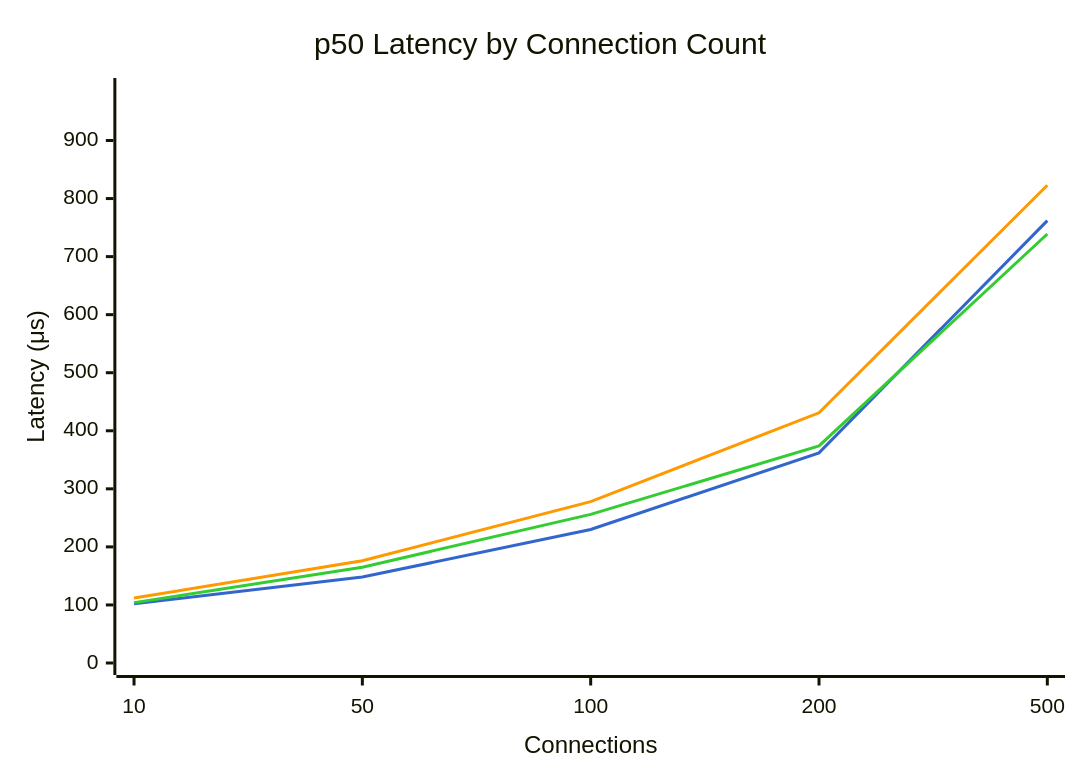
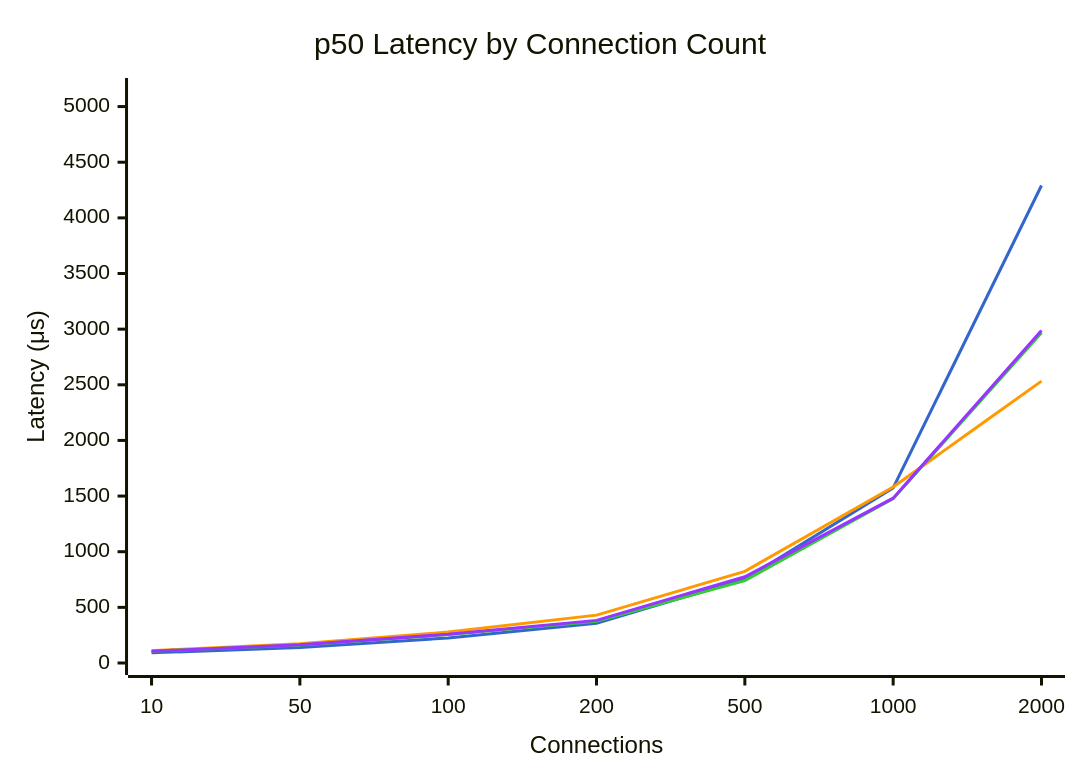
One commit to youyuanwu/bypass-misc changed the fourth of 6 diagrams in docs/Bench/Azure/Standard_D8s_v5.md. Above: the diagram before and after it, drawn with Mermaid. The commit also changed other lines of this file and 15 other files, not shown here.

````diff
--- a/docs/Bench/Azure/Standard_D8s_v5.md
+++ b/docs/Bench/Azure/Standard_D8s_v5.md
@@ -91,15 +107,16 @@
 ```mermaid
 ---
 config:
     themeVariables:
         xyChart:
-            plotColorPalette: "#3366cc, #ff9900, #33cc33"
+            plotColorPalette: "#3366cc, #ff9900, #33cc33, #9933ff"
 ---
 xychart-beta
     title "p50 Latency by Connection Count"
-    x-axis "Connections" [10, 50, 100, 200, 500]
-    y-axis "Latency (μs)" 0 --> 987
-    line "dpdk" [102, 148, 230, 362, 762]
-    line "tokio" [112, 176, 278, 431, 823]
-    line "tokio-local" [104, 165, 256, 374, 739]
+    x-axis "Connections" [10, 50, 100, 200, 500, 1000, 2000]
+    y-axis "Latency (μs)" 0 --> 5149
+    line "dpdk" [91, 140, 225, 358, 754, 1573, 4291]
+    line "tokio" [111, 174, 278, 430, 823, 1582, 2533]
+    line "tokio-local" [106, 161, 255, 376, 740, 1477, 2967]
+    line "kimojio" [105, 163, 258, 383, 775, 1481, 2987]
 ```
````
